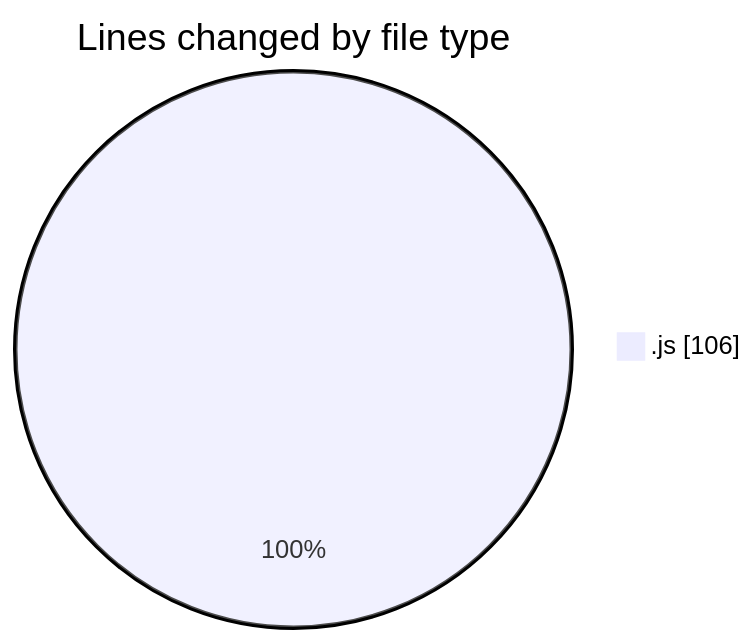
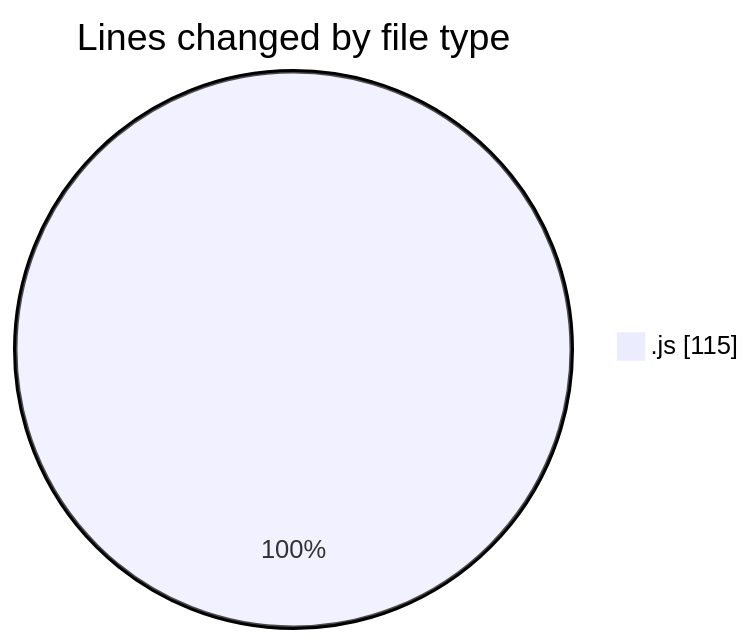
The first of 2 diagrams in 2025-09-07/quytuthien_vn/README.md (lephambinh05/code-tracking), drawn with Mermaid before and after one commit. The commit also changed other lines of this file and 1 other file, not shown here.

````diff
--- a/2025-09-07/quytuthien_vn/README.md
+++ b/2025-09-07/quytuthien_vn/README.md
@@ -21,5 +21,5 @@
 ```mermaid
 pie showData
 title Lines changed by file type
-".js" : 106
+".js" : 115
 ```
````
